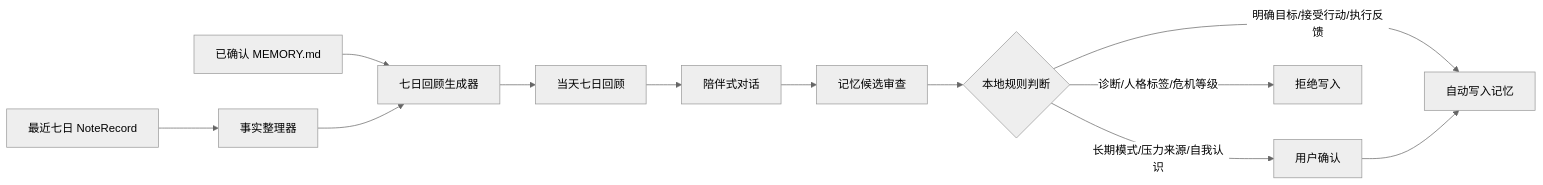
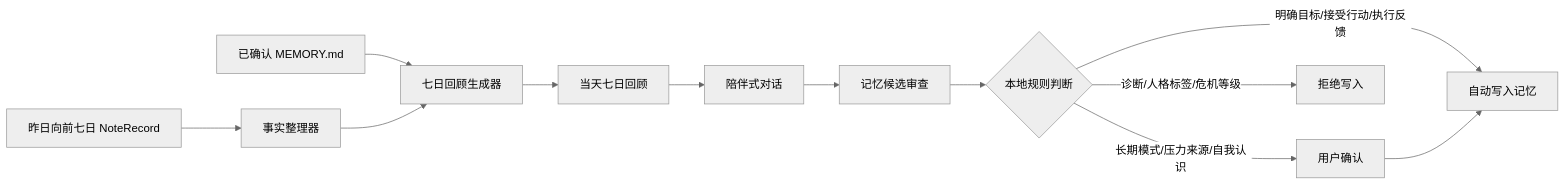
The diagram in docs/design/specs/2026-07-13-seven-day-reflection-research-design.md (Zhangyinglun/RoyalNote), drawn with Mermaid (neutral theme) before and after one commit. The commit also changed other lines of this file and 79 other files, not shown here.

````diff
--- a/docs/design/specs/2026-07-13-seven-day-reflection-research-design.md
+++ b/docs/design/specs/2026-07-13-seven-day-reflection-research-design.md
@@ -66,14 +69,14 @@
 ```mermaid
 flowchart LR
-    A[最近七日 NoteRecord] --> B[事实整理器]
+    A[昨日向前七日 NoteRecord] --> B[事实整理器]
     C[已确认 MEMORY.md] --> D[七日回顾生成器]
     B --> D
     D --> E[当天七日回顾]
     E --> F[陪伴式对话]
     F --> G[记忆候选审查]
     G --> H{本地规则判断}
     H -->|明确目标/接受行动/执行反馈| I[自动写入记忆]
     H -->|长期模式/压力来源/自我认识| J[用户确认]
     H -->|诊断/人格标签/危机等级| K[拒绝写入]
     J --> I
 ```
````
